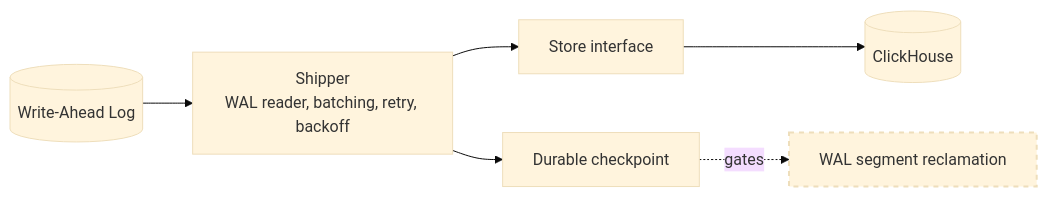
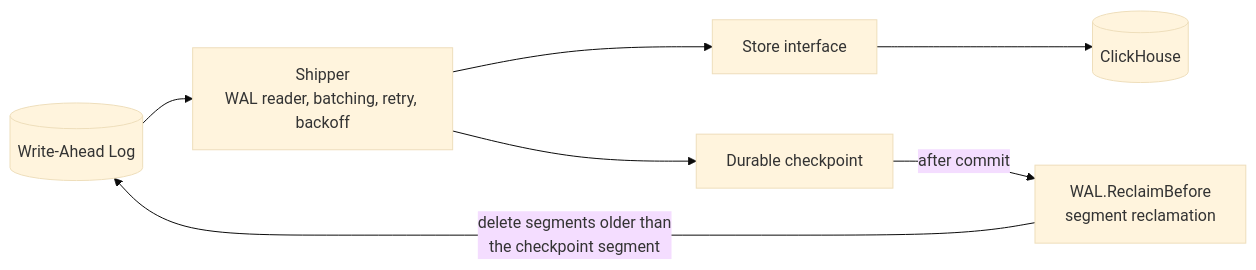
The second of 15 diagrams in README.md (PratyushVishal11011/Fairgate), drawn with Mermaid (base theme) before and after one commit. The commit also changed other lines of this file and 35 other files, not shown here.

Commit message:
feat: always enable WAL shipping and reclaim shipped segments

````diff
--- a/README.md
+++ b/README.md
@@ -203,18 +221,16 @@
 ```mermaid
 flowchart LR
     W[("Write-Ahead Log")]
     SH["Shipper<br/>WAL reader, batching, retry, backoff"]
     ST["Store interface"]
     CH[("ClickHouse")]
     CK["Durable checkpoint"]
-    R["WAL segment reclamation"]
+    R["WAL.ReclaimBefore<br/>segment reclamation"]
 
     W --> SH
     SH --> ST
     ST --> CH
     SH --> CK
-    CK -.->|"gates"| R
-
-    classDef planned stroke-dasharray: 5 5,stroke-width:2px;
-    class R planned;
+    CK -->|"after commit"| R
+    R -->|"delete segments older than<br/>the checkpoint segment"| W
 ```
````
